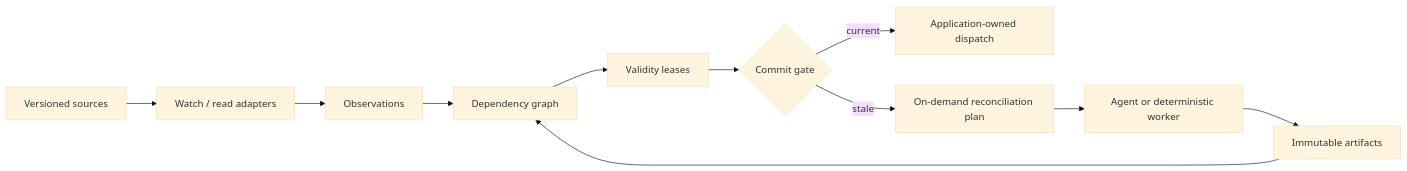
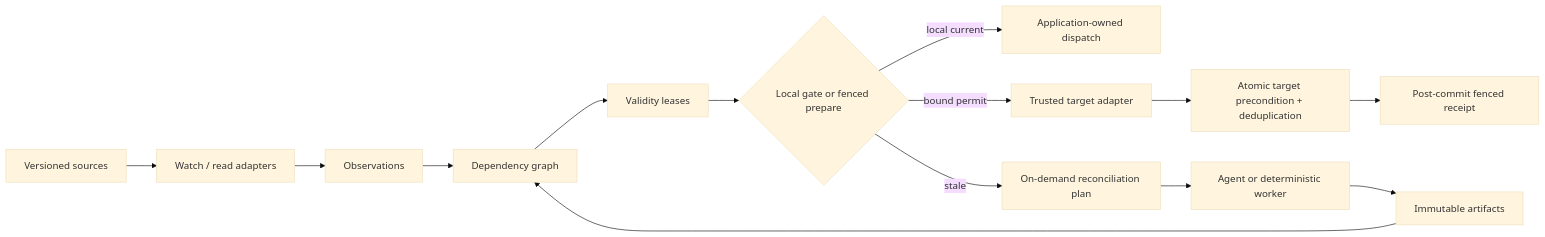
The second of 2 diagrams in README.md (aantenore/truthlease), drawn with Mermaid (base theme) before and after one commit. The commit also changed other lines of this file and 34 other files, not shown here.

````diff
--- a/README.md
+++ b/README.md
@@ -175,13 +277,16 @@
 ```mermaid
 flowchart LR
     Sources["Versioned sources"] --> Adapters["Watch / read adapters"]
     Adapters --> Observations["Observations"]
     Agent["Agent or deterministic worker"] --> Artifacts["Immutable artifacts"]
     Observations --> Graph["Dependency graph"]
     Artifacts --> Graph
     Graph --> Leases["Validity leases"]
-    Leases --> Gate{"Commit gate"}
-    Gate -->|current| Dispatch["Application-owned dispatch"]
+    Leases --> Gate{"Local gate or fenced prepare"}
+    Gate -->|local current| Dispatch["Application-owned dispatch"]
+    Gate -->|bound permit| Adapter["Trusted target adapter"]
+    Adapter --> Target["Atomic target precondition + deduplication"]
+    Target --> Receipt["Post-commit fenced receipt"]
     Gate -->|stale| Reconcile["On-demand reconciliation plan"]
     Reconcile --> Agent
 ```
````
